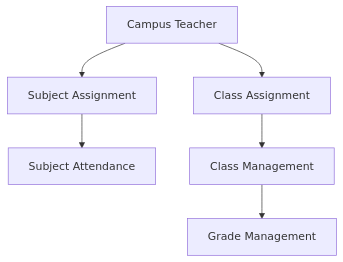
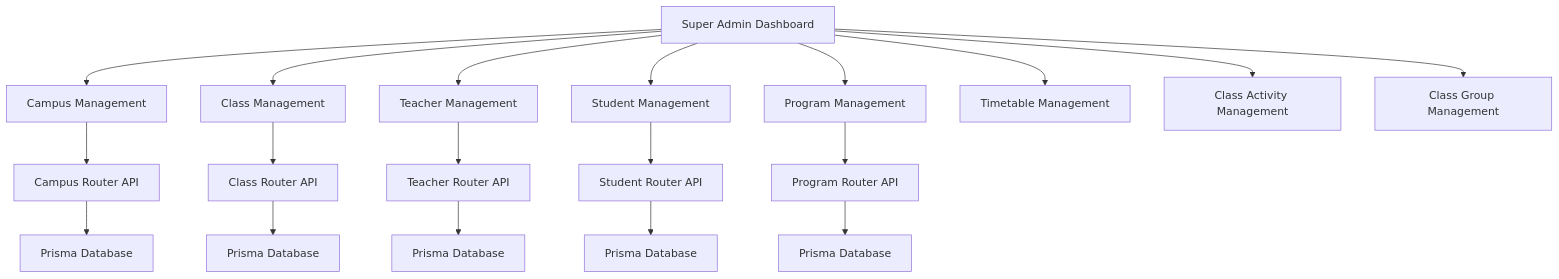
The first of 2 diagrams in Campus implimenttaion folow.md (Tekmindlabs/LXP-16-02-25-campus), drawn with Mermaid before and after one commit. The commit also changed other lines of this file and 4 other files, not shown here.

````diff
--- a/Campus implimenttaion folow.md
+++ b/Campus implimenttaion folow.md
@@ -65,8 +5,26 @@
 ```mermaid
 graph TD
-    A[Campus Teacher] --> B[Subject Assignment]
-    A --> C[Class Assignment]
-    B --> D[Subject Attendance]
-    C --> E[Class Management]
-    E --> F[Grade Management]
+    A[Super Admin Dashboard] --> B[Campus Management]
+    A --> C[Class Management]
+    A --> D[Teacher Management]
+    A --> E[Student Management]
+    A --> F[Program Management]
+    A --> G[Timetable Management]
+    A --> H[Class Activity Management]
+    A --> I[Class Group Management]
+
+    B --> B1[Campus Router API]
+    B1 --> B2[Prisma Database]
+    
+    C --> C1[Class Router API]
+    C1 --> C2[Prisma Database]
+    
+    D --> D1[Teacher Router API]
+    D1 --> D2[Prisma Database]
+    
+    E --> E1[Student Router API]
+    E1 --> E2[Prisma Database]
+    
+    F --> F1[Program Router API]
+    F1 --> F2[Prisma Database]
 ```
````
